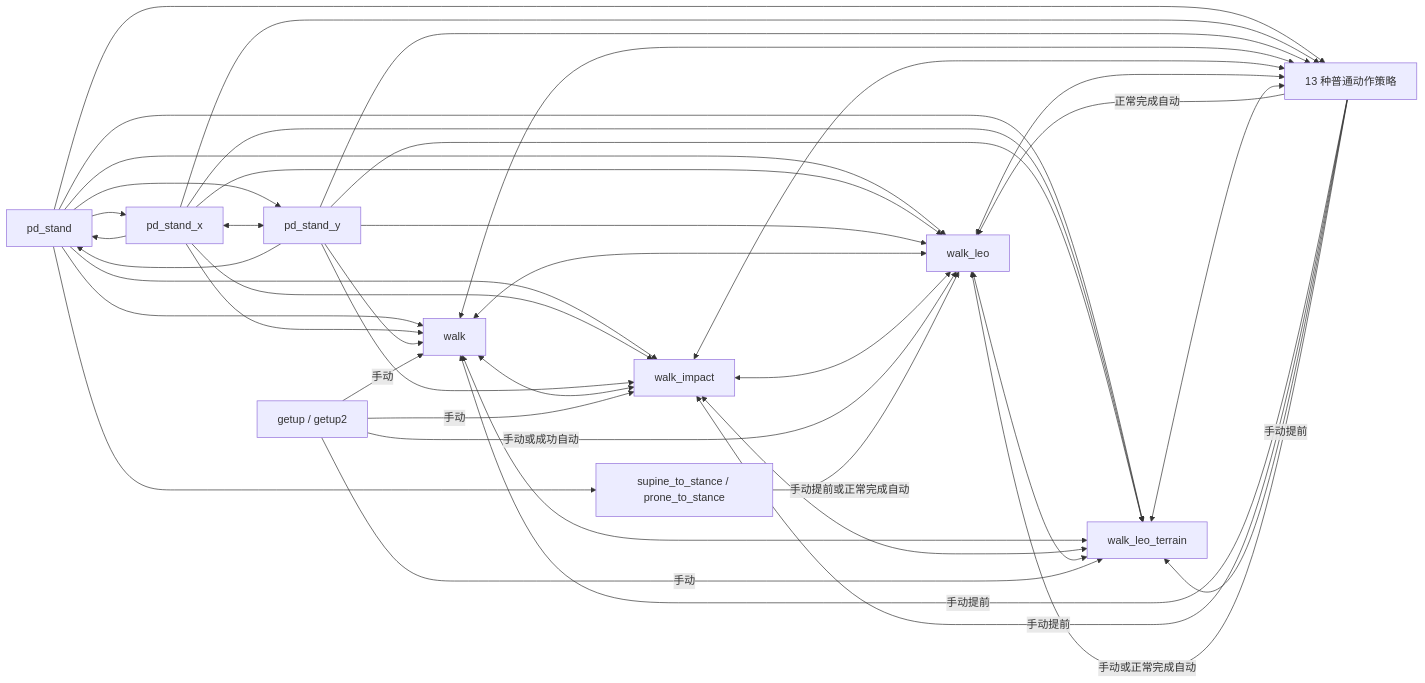
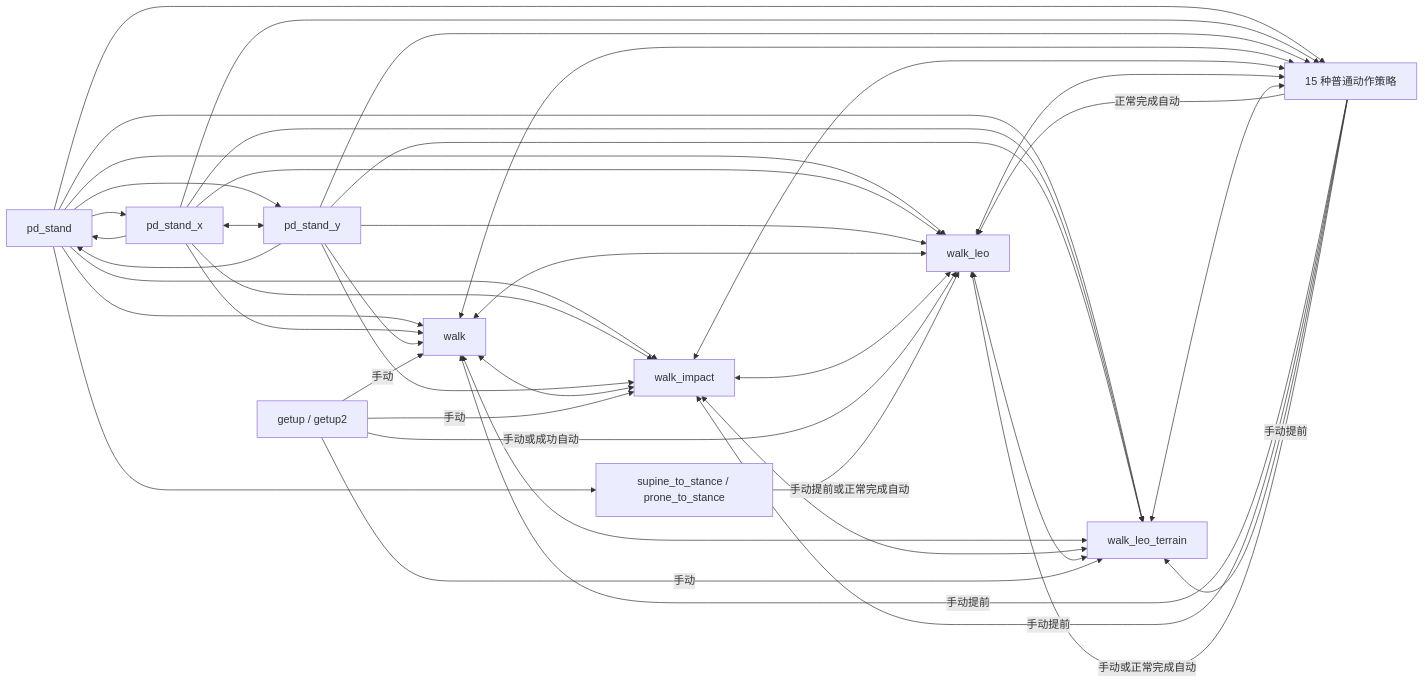
The diagram in docs/t800_motion_transition.md (weishuai-oos/engineai_robotics_native_sdk), drawn with Mermaid before and after one commit. The commit also changed other lines of this file and 99 other files, not shown here.

````diff
--- a/docs/t800_motion_transition.md
+++ b/docs/t800_motion_transition.md
@@ -57,58 +59,58 @@
 ```mermaid
 flowchart LR
   PD[pd_stand]
   W1[walk]
   W2[walk_impact]
   W3[walk_leo]
   W4[walk_leo_terrain]
   PX[pd_stand_x]
   PY[pd_stand_y]
-  A[13 种普通动作策略]
+  A[15 种普通动作策略]
   S[supine_to_stance / prone_to_stance]
   G[getup / getup2]
 
   PD --> W1
   PD --> W2
   PD --> W3
   PD --> W4
   PD --> A
   PD --> S
   PD --> PX
   PD --> PY
 
   PX <--> PY
   PX --> PD
   PY --> PD
   PX --> W1
   PX --> W2
   PX --> W3
   PX --> W4
   PX --> A
   PY --> W1
   PY --> W2
   PY --> W3
   PY --> W4
   PY --> A
 
   W1 <--> W2
   W1 <--> W3
   W1 <--> W4
   W2 <--> W3
   W2 <--> W4
   W3 <--> W4
   W1 <--> A
   W2 <--> A
   W3 <--> A
   W4 <--> A
 
   G -->|手动| W1
   G -->|手动| W2
   G -->|手动| W4
   G -->|手动或成功自动| W3
   A -->|正常完成自动| W3
   S -->|手动提前或正常完成自动| W3
   A -->|手动提前| W1
   A -->|手动提前| W2
   A -->|手动提前| W4
   A -->|手动或正常完成自动| W3
 ```
````
